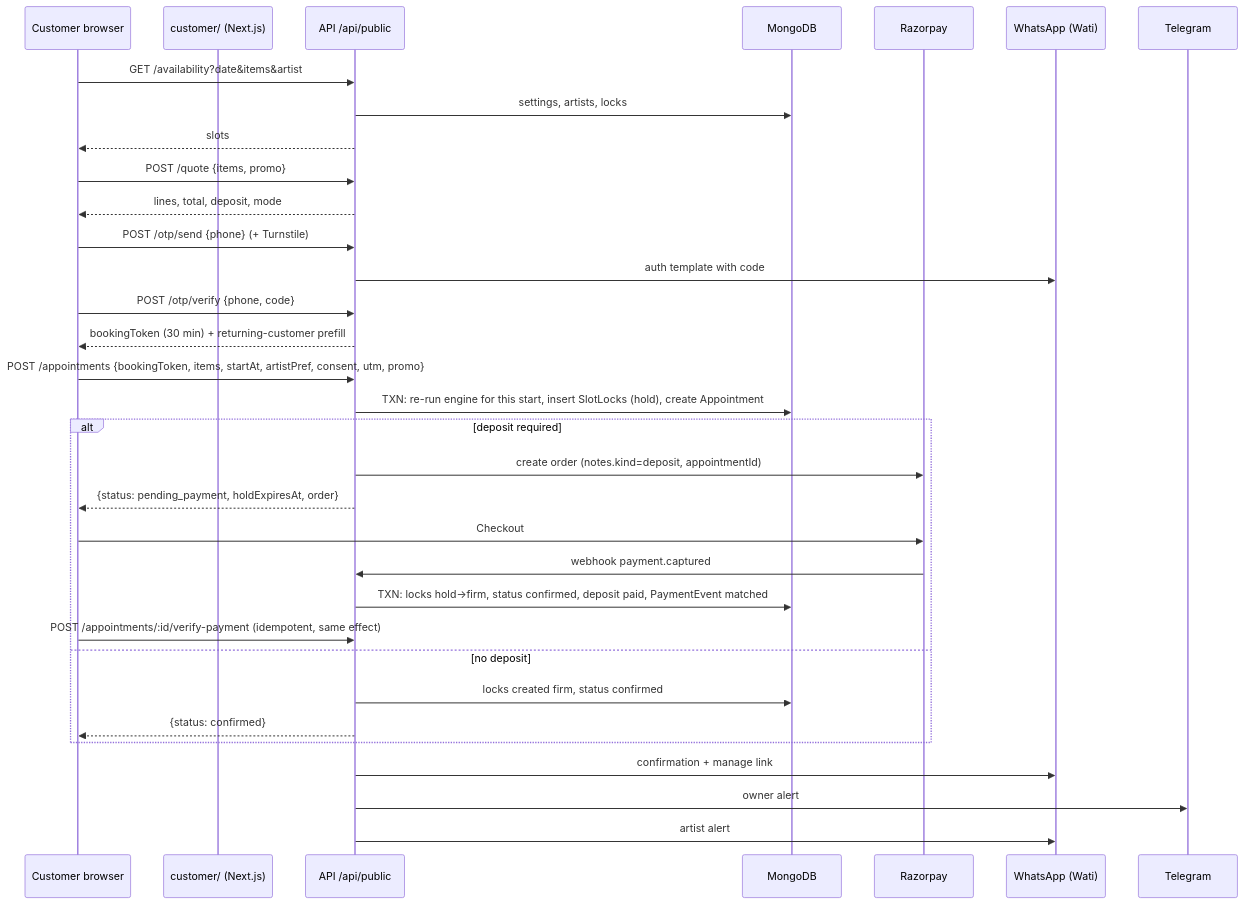
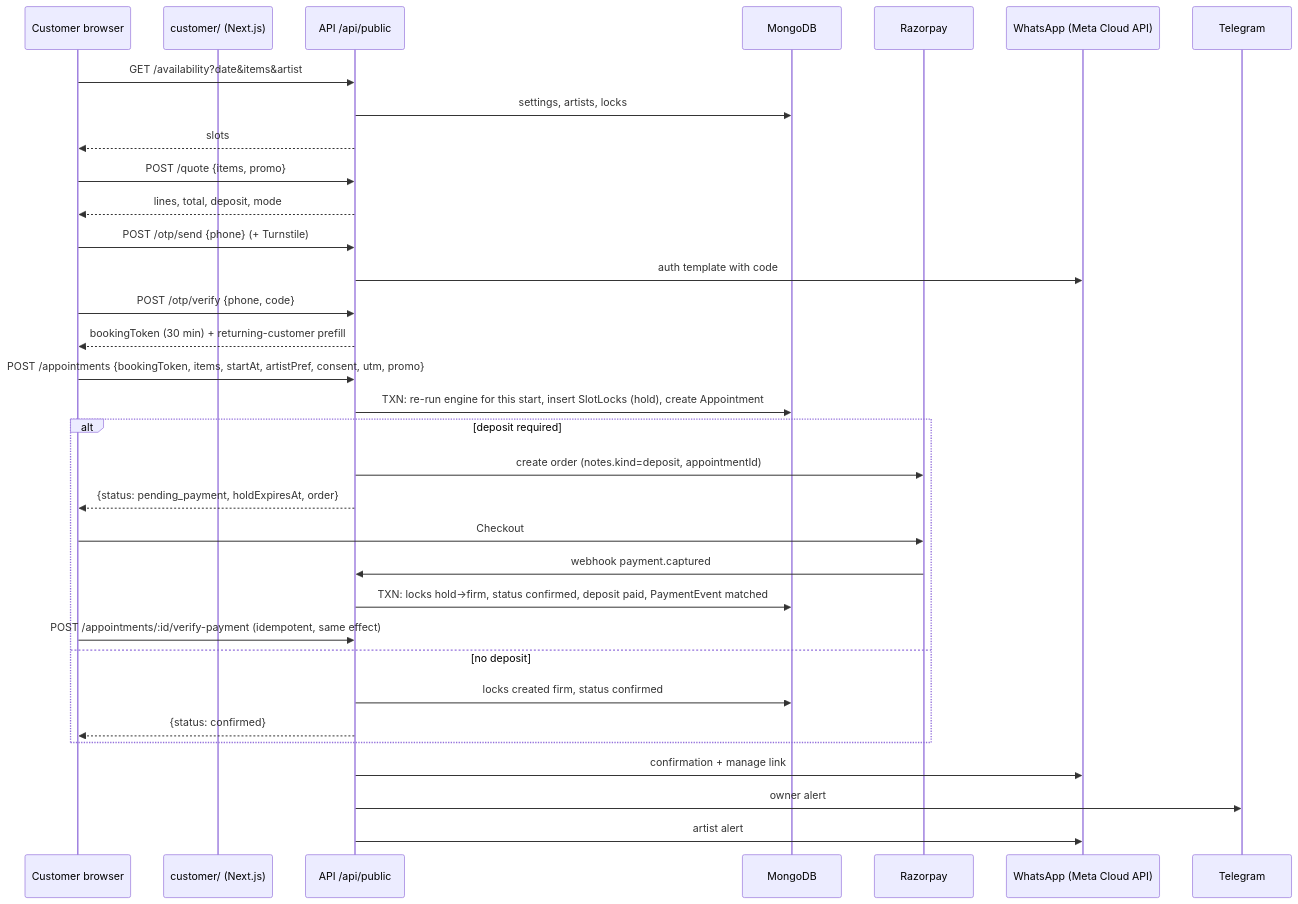
One commit to maheshaggarwal21/HAIR-SALON-WEBSITE changed the third of 3 diagrams in docs/customer-platform/CONTROL_FLOW_AND_DATA_LOGIC.md. Above: the diagram before and after it, drawn with Mermaid. The commit also changed other lines of this file and 13 other files, not shown here.

First line of the commit message:
chore: remove Wati, WhatsApp goes only through Meta Cloud API (D57)

````diff
--- a/docs/customer-platform/CONTROL_FLOW_AND_DATA_LOGIC.md
+++ b/docs/customer-platform/CONTROL_FLOW_AND_DATA_LOGIC.md
@@ -363,36 +363,36 @@
 ```mermaid
 sequenceDiagram
   participant U as Customer browser
   participant N as customer/ (Next.js)
   participant A as API /api/public
   participant D as MongoDB
   participant R as Razorpay
-  participant W as WhatsApp (Wati)
+  participant W as WhatsApp (Meta Cloud API)
   participant T as Telegram
 
   U->>A: GET /availability?date&items&artist
   A->>D: settings, artists, locks
   A-->>U: slots
   U->>A: POST /quote {items, promo}
   A-->>U: lines, total, deposit, mode
   U->>A: POST /otp/send {phone} (+ Turnstile)
   A->>W: auth template with code
   U->>A: POST /otp/verify {phone, code}
   A-->>U: bookingToken (30 min) + returning-customer prefill
   U->>A: POST /appointments {bookingToken, items, startAt, artistPref, consent, utm, promo}
   A->>D: TXN: re-run engine for this start, insert SlotLocks (hold), create Appointment
   alt deposit required
     A->>R: create order (notes.kind=deposit, appointmentId)
     A-->>U: {status: pending_payment, holdExpiresAt, order}
     U->>R: Checkout
     R->>A: webhook payment.captured
     A->>D: TXN: locks hold→firm, status confirmed, deposit paid, PaymentEvent matched
     U->>A: POST /appointments/:id/verify-payment (idempotent, same effect)
   else no deposit
     A->>D: locks created firm, status confirmed
     A-->>U: {status: confirmed}
   end
   A->>W: confirmation + manage link
   A->>T: owner alert
   A->>W: artist alert
 ```
````
